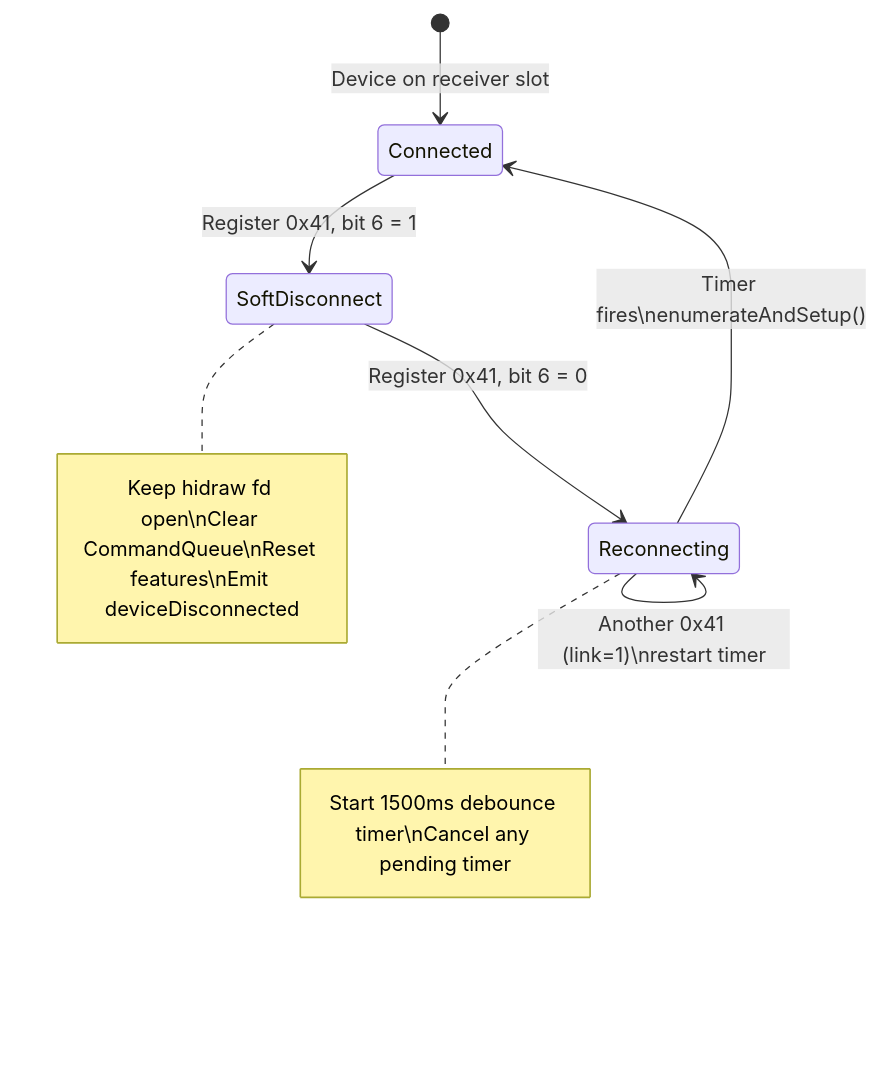
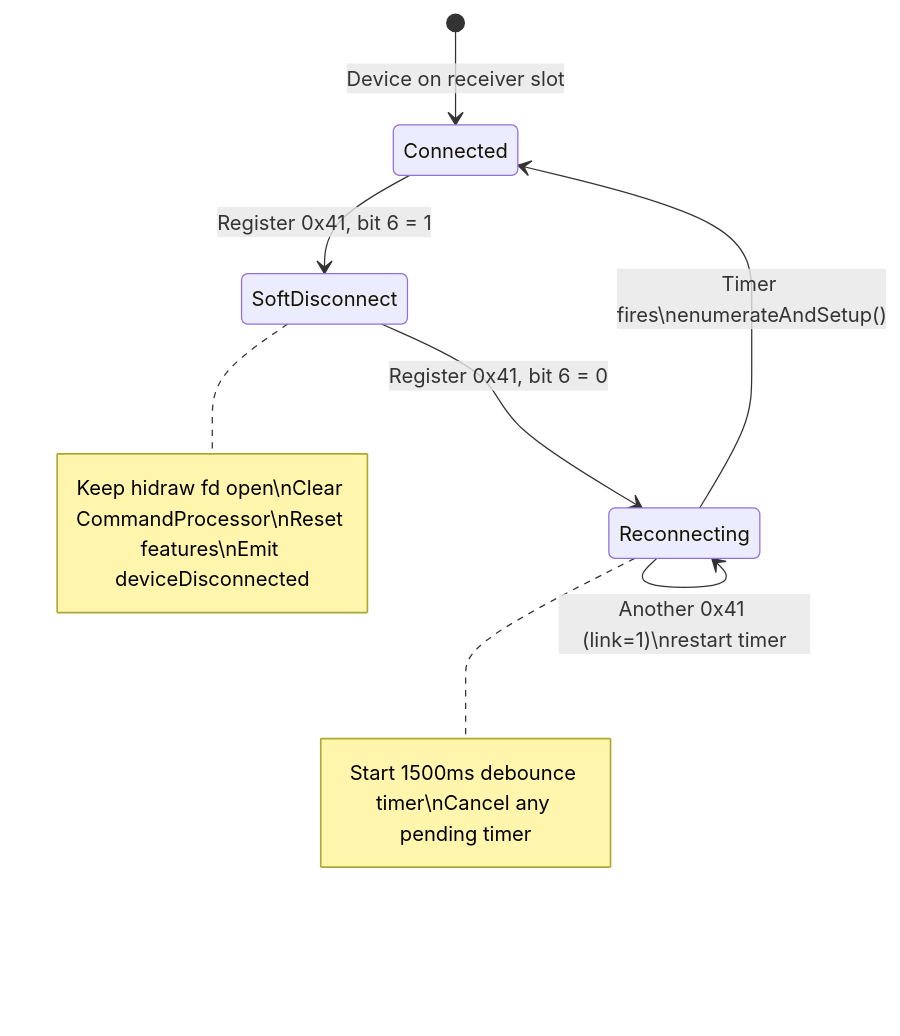
One commit to mmaher88/logitune changed the second of 3 diagrams in docs/wiki/HID++-Protocol.md. Above: the diagram before and after it, drawn with Mermaid. The commit also changed other lines of this file and 58 other files, not shown here.

First line of the commit message:
Refactor: extract behavior from AppController, rename to AppRoot, polish class naming, rewrite architecture wiki (closes #107) (#108)

````diff
--- a/docs/wiki/HID++-Protocol.md
+++ b/docs/wiki/HID++-Protocol.md
@@ -400,14 +400,14 @@
 ```mermaid
 stateDiagram-v2
     [*] --> Connected : Device on receiver slot
 
     Connected --> SoftDisconnect : Register 0x41, bit 6 = 1
-    Note right of SoftDisconnect : Keep hidraw fd open\nClear CommandQueue\nReset features\nEmit deviceDisconnected
+    Note right of SoftDisconnect : Keep hidraw fd open\nClear CommandProcessor\nReset features\nEmit deviceDisconnected
     
     SoftDisconnect --> Reconnecting : Register 0x41, bit 6 = 0
     Note right of Reconnecting : Start 1500ms debounce timer\nCancel any pending timer
     
     Reconnecting --> Connected : Timer fires\nenumerateAndSetup()
     
     Reconnecting --> Reconnecting : Another 0x41 (link=1)\nrestart timer
 ```
````
